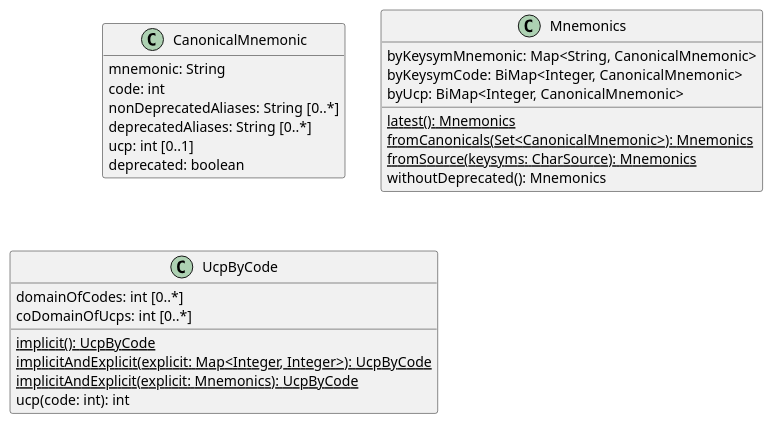
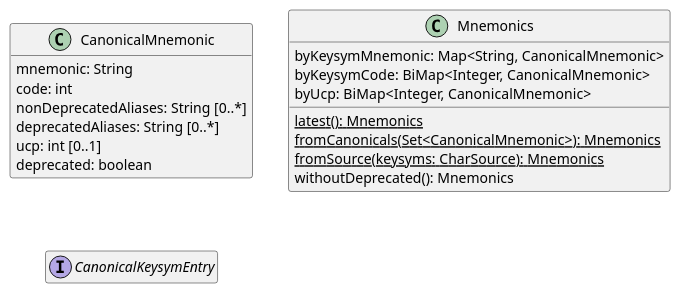
Before and after one commit to oliviercailloux/Keyboardd: the diagram in Mnemonics.wsd, drawn with PlantUML.

Commit message:
Rm UcpByCode

```diff
--- a/Mnemonics.wsd
+++ b/Mnemonics.wsd
@@ -1,32 +1,25 @@
 @startuml Mnemonics
 hide empty members
 
 class "CanonicalMnemonic" {
   mnemonic: String
   code: int
   nonDeprecatedAliases: String [0..*]
   deprecatedAliases: String [0..*]
   ucp: int [0..1]
   deprecated: boolean
 }
 
 class "Mnemonics" {
   {static} latest(): Mnemonics
   {static} fromCanonicals(Set<CanonicalMnemonic>): Mnemonics
   {static} fromSource(keysyms: CharSource): Mnemonics
   byKeysymMnemonic: Map<String, CanonicalMnemonic>
   byKeysymCode: BiMap<Integer, CanonicalMnemonic>
   byUcp: BiMap<Integer, CanonicalMnemonic>
   withoutDeprecated(): Mnemonics
 }
 
-class "UcpByCode" {
-  {static} implicit(): UcpByCode
-  {static} implicitAndExplicit(explicit: Map<Integer, Integer>): UcpByCode
-  {static} implicitAndExplicit(explicit: Mnemonics): UcpByCode
-  domainOfCodes: int [0..*]
-  coDomainOfUcps: int [0..*]
-  ucp(code: int): int
-}
+interface "CanonicalKeysymEntry" {}
 
 @enduml
```
